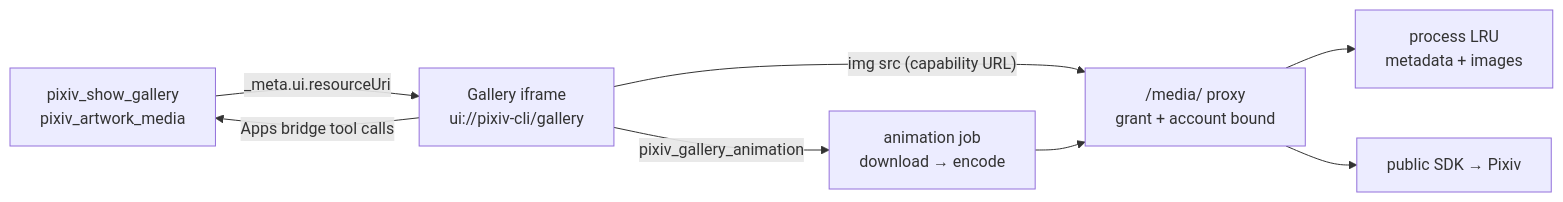
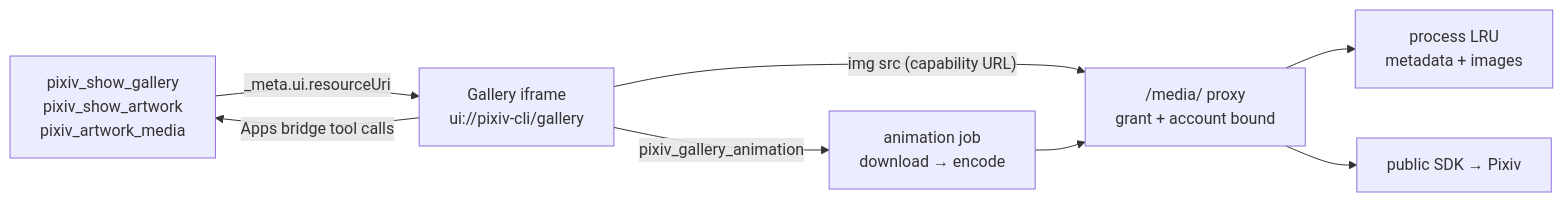
One commit to FlanChanXwO/pixiv-cli changed the first of 4 diagrams in docs/en/mcp-gallery.md. Above: the diagram before and after it, drawn with Mermaid. The commit also changed other lines of this file and 15 other files, not shown here.

First line of the commit message:
feat(mcp): add pixiv_show_artwork, redesign the Gallery and add cube page turns (#167)

````diff
--- a/docs/en/mcp-gallery.md
+++ b/docs/en/mcp-gallery.md
@@ -7,10 +7,10 @@
 ```mermaid
 flowchart LR
-    T["pixiv_show_gallery<br/>pixiv_artwork_media"] -->|"_meta.ui.resourceUri"| UI["Gallery iframe<br/>ui://pixiv-cli/gallery"]
+    T["pixiv_show_gallery<br/>pixiv_show_artwork<br/>pixiv_artwork_media"] -->|"_meta.ui.resourceUri"| UI["Gallery iframe<br/>ui://pixiv-cli/gallery"]
     UI -->|"Apps bridge tool calls"| T
     UI -->|"img src (capability URL)"| MP["/media/ proxy<br/>grant + account bound"]
     MP --> C["process LRU<br/>metadata + images"]
     MP --> SDK["public SDK → Pixiv"]
     UI -->|"pixiv_gallery_animation"| J["animation job<br/>download → encode"]
     J --> MP
 ```
````
